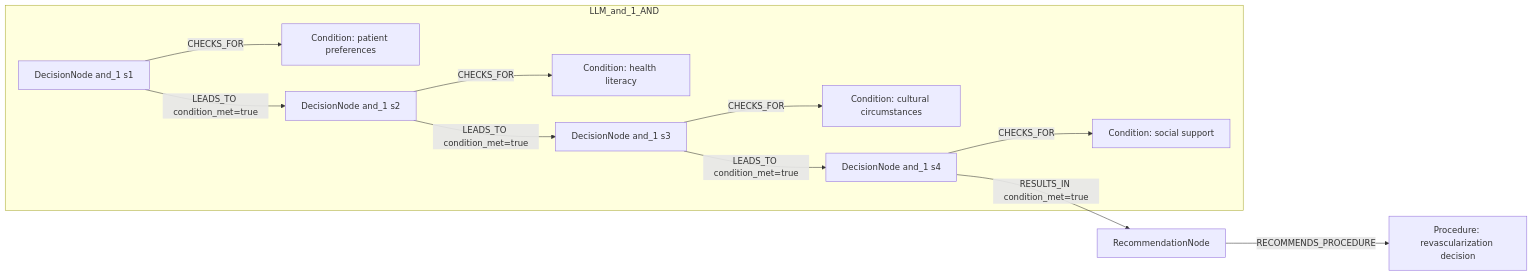
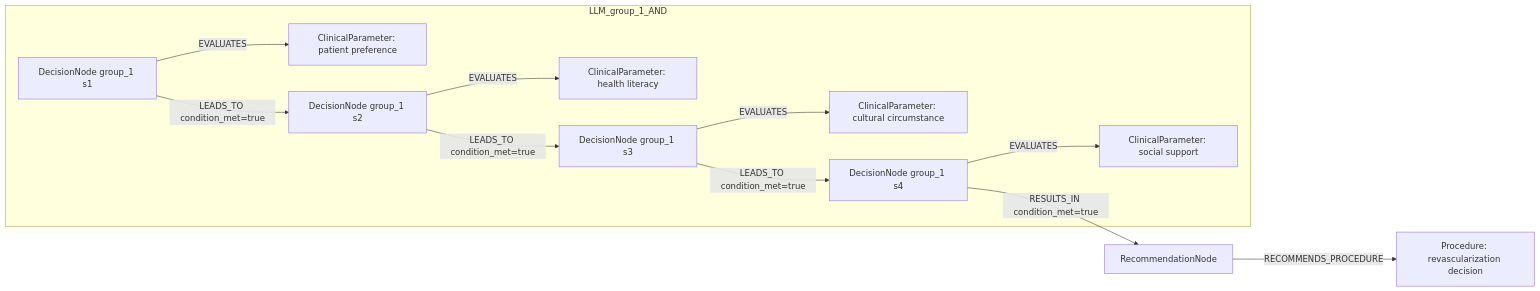
Before and after one commit to dieterich-lab/CardioGuidelinesGraph: the second of 2 diagrams in docs/table22_rows_comparison/row_04.md, drawn with Mermaid. The commit also changed other lines of this file and 20 other files, not shown here.

````diff
--- a/docs/table22_rows_comparison/row_04.md
+++ b/docs/table22_rows_comparison/row_04.md
@@ -307,24 +458,24 @@
 ```mermaid
 graph LR
   REC[RecommendationNode]
   ACT1[Procedure: revascularization decision]
   REC -->|RECOMMENDS_PROCEDURE| ACT1
-  subgraph LLM_and_1_AND
-    D_and_1_1[DecisionNode and_1 s1]
-    C_and_1_1[Condition: patient preferences]
-    D_and_1_1 -->|CHECKS_FOR| C_and_1_1
-    D_and_1_2[DecisionNode and_1 s2]
-    C_and_1_2[Condition: health literacy]
-    D_and_1_2 -->|CHECKS_FOR| C_and_1_2
-    D_and_1_3[DecisionNode and_1 s3]
-    C_and_1_3[Condition: cultural circumstances]
-    D_and_1_3 -->|CHECKS_FOR| C_and_1_3
-    D_and_1_4[DecisionNode and_1 s4]
-    C_and_1_4[Condition: social support]
-    D_and_1_4 -->|CHECKS_FOR| C_and_1_4
-    D_and_1_1 -->|LEADS_TO condition_met=true| D_and_1_2
-    D_and_1_2 -->|LEADS_TO condition_met=true| D_and_1_3
-    D_and_1_3 -->|LEADS_TO condition_met=true| D_and_1_4
+  subgraph LLM_group_1_AND
+    D_group_1_1[DecisionNode group_1 s1]
+    C_group_1_1[ClinicalParameter: patient preference]
+    D_group_1_1 -->|EVALUATES| C_group_1_1
+    D_group_1_2[DecisionNode group_1 s2]
+    C_group_1_2[ClinicalParameter: health literacy]
+    D_group_1_2 -->|EVALUATES| C_group_1_2
+    D_group_1_3[DecisionNode group_1 s3]
+    C_group_1_3[ClinicalParameter: cultural circumstance]
+    D_group_1_3 -->|EVALUATES| C_group_1_3
+    D_group_1_4[DecisionNode group_1 s4]
+    C_group_1_4[ClinicalParameter: social support]
+    D_group_1_4 -->|EVALUATES| C_group_1_4
+    D_group_1_1 -->|LEADS_TO condition_met=true| D_group_1_2
+    D_group_1_2 -->|LEADS_TO condition_met=true| D_group_1_3
+    D_group_1_3 -->|LEADS_TO condition_met=true| D_group_1_4
   end
-  D_and_1_4 -->|RESULTS_IN condition_met=true| REC
+  D_group_1_4 -->|RESULTS_IN condition_met=true| REC
 ```
````
